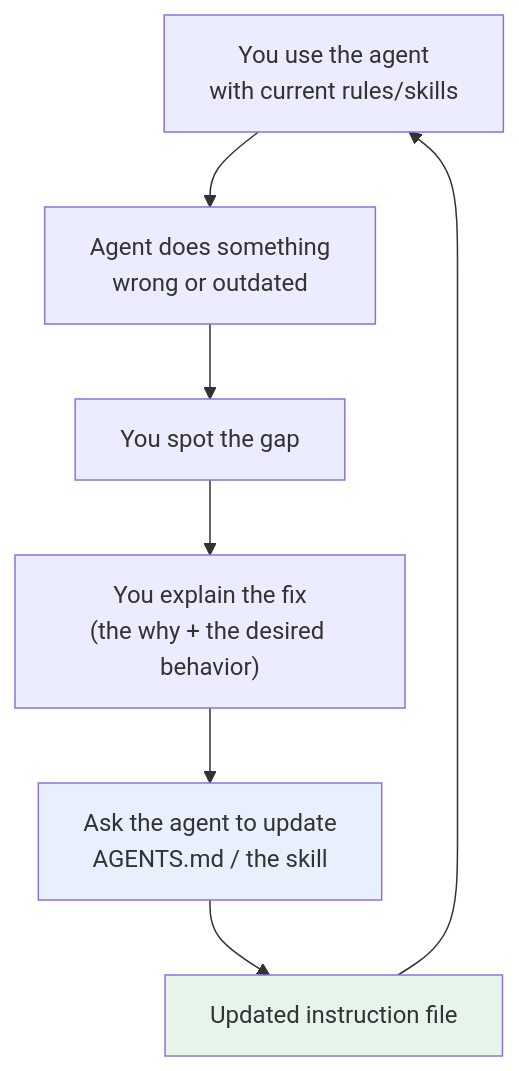
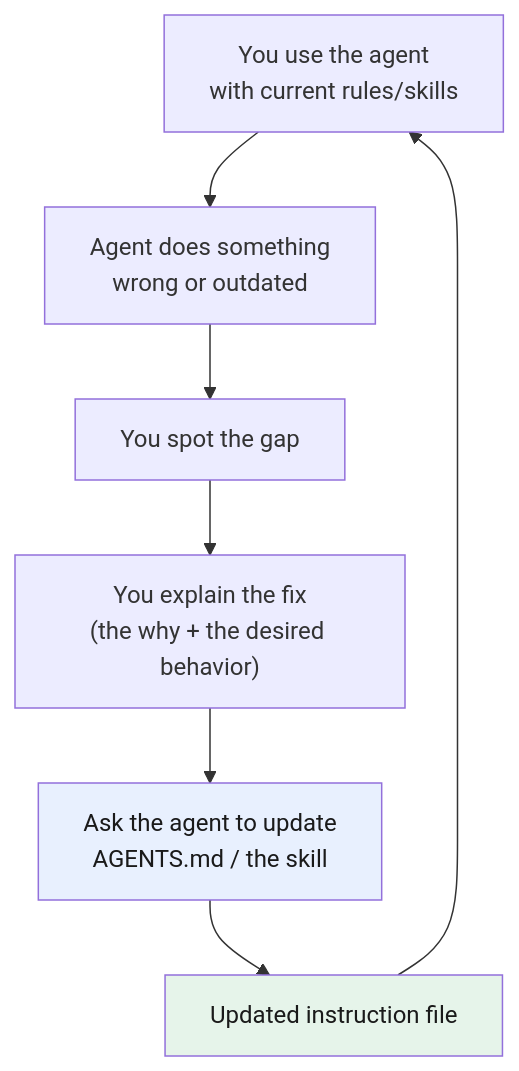
One commit to ethaizone/ai-training-for-software-developer changed the diagram in 07-feedback-loop/README.md. Above: the diagram before and after it, drawn with Mermaid. The commit also changed 7 other files, not shown here.

Commit message:
Fix Mermaid node text for dark mode; force dark color on styled nodes

````diff
--- a/07-feedback-loop/README.md
+++ b/07-feedback-loop/README.md
@@ -23,11 +23,11 @@
 ```mermaid
 flowchart TD
     U["You use the agent<br/>with current rules/skills"] --> W["Agent does something<br/>wrong or outdated"]
     W --> G["You spot the gap"]
     G --> E["You explain the fix<br/>(the why + the desired behavior)"]
     E --> A["Ask the agent to update<br/>AGENTS.md / the skill"]
     A --> N["Updated instruction file"]
     N --> U
-    style A fill:#e8f0fe
-    style N fill:#e6f4ea
+    style A fill:#e8f0fe,color:#1a1a1a
+    style N fill:#e6f4ea,color:#1a1a1a
 ```
````
